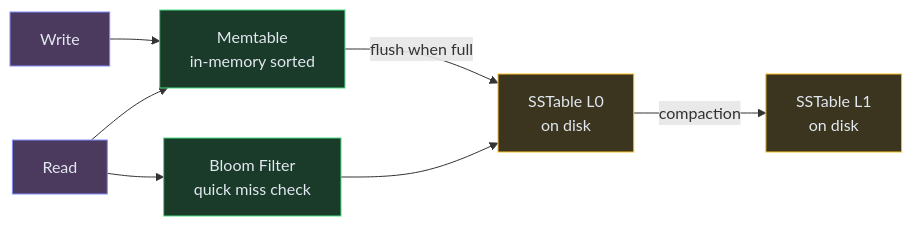
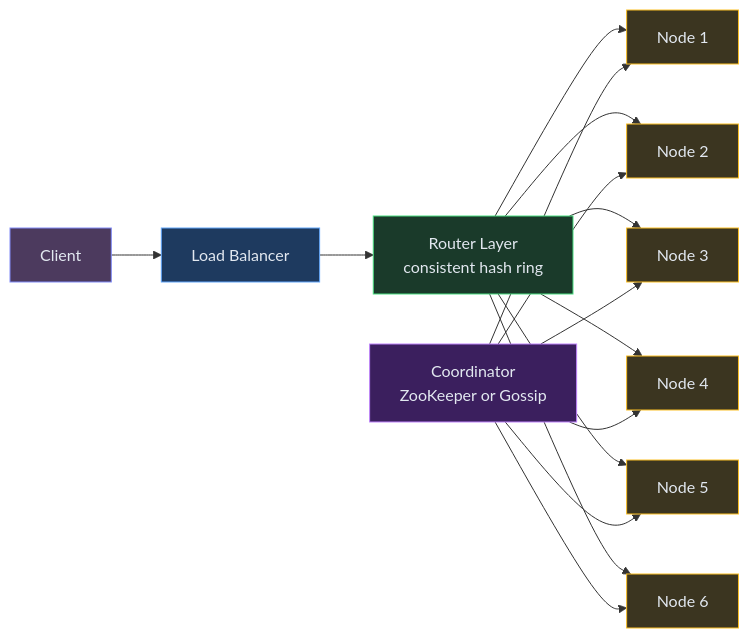
One commit to iluzn/HLD-Designs changed the tenth of 10 diagrams in content/hld/KeyValueStore.md. Above: the diagram before and after it, drawn with Mermaid. The commit also changed other lines of this file, not shown here.

````diff
--- a/content/hld/KeyValueStore.md
+++ b/content/hld/KeyValueStore.md
@@ -276,20 +485,34 @@
 ```mermaid
 flowchart LR
-    WRITE["Write"]:::client
-    MEM["Memtable<br/>in-memory sorted"]:::service
-    SS1["SSTable L0<br/>on disk"]:::data
-    SS2["SSTable L1<br/>on disk"]:::data
-    READ["Read"]:::client
-    BLOOM["Bloom Filter<br/>quick miss check"]:::service
+    C["Client"]:::client
+    LB["Load Balancer"]:::edge
+    R["Router Layer<br/>consistent hash ring"]:::service
+    N1["Node 1"]:::data
+    N2["Node 2"]:::data
+    N3["Node 3"]:::data
+    N4["Node 4"]:::data
+    N5["Node 5"]:::data
+    N6["Node 6"]:::data
+    COORD["Coordinator<br/>ZooKeeper or Gossip"]:::async
 
-    WRITE --> MEM
-    MEM -->|"flush when full"| SS1
-    SS1 -->|"compaction"| SS2
-    READ --> MEM
-    READ --> BLOOM
-    BLOOM --> SS1
+    C --> LB
+    LB --> R
+    R --> N1
+    R --> N2
+    R --> N3
+    R --> N4
+    R --> N5
+    R --> N6
+    COORD --> N1
+    COORD --> N2
+    COORD --> N3
+    COORD --> N4
+    COORD --> N5
+    COORD --> N6
 
     classDef client fill:#4c3a5e,stroke:#818cf8,color:#e2e8f0
+    classDef edge fill:#1e3a5f,stroke:#60a5fa,color:#e2e8f0
     classDef service fill:#1a3a2a,stroke:#4ade80,color:#e2e8f0
     classDef data fill:#3b3520,stroke:#fbbf24,color:#e2e8f0
+    classDef async fill:#3b1f5e,stroke:#c084fc,color:#e2e8f0
 ```
````
